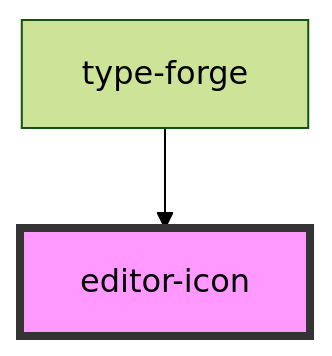
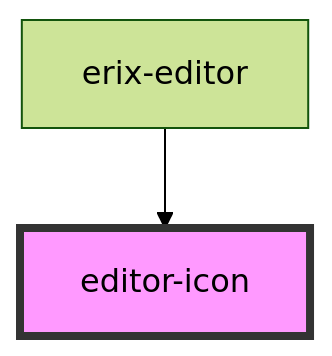
One commit to NopeThisIsShini/erix_editor changed the diagram in src/components/editor-icon/readme.md. Above: the diagram before and after it, drawn with Mermaid (forest theme). The commit also changed other lines of this file and 14 other files, not shown here.

Commit message:
chore: rename application from TypeForge to Erix throughout the codebase

````diff
--- a/src/components/editor-icon/readme.md
+++ b/src/components/editor-icon/readme.md
@@ -23,5 +23,5 @@
 ```mermaid
 graph TD;
-  type-forge --> editor-icon
+  erix-editor --> editor-icon
   style editor-icon fill:#f9f,stroke:#333,stroke-width:4px
 ```
````
